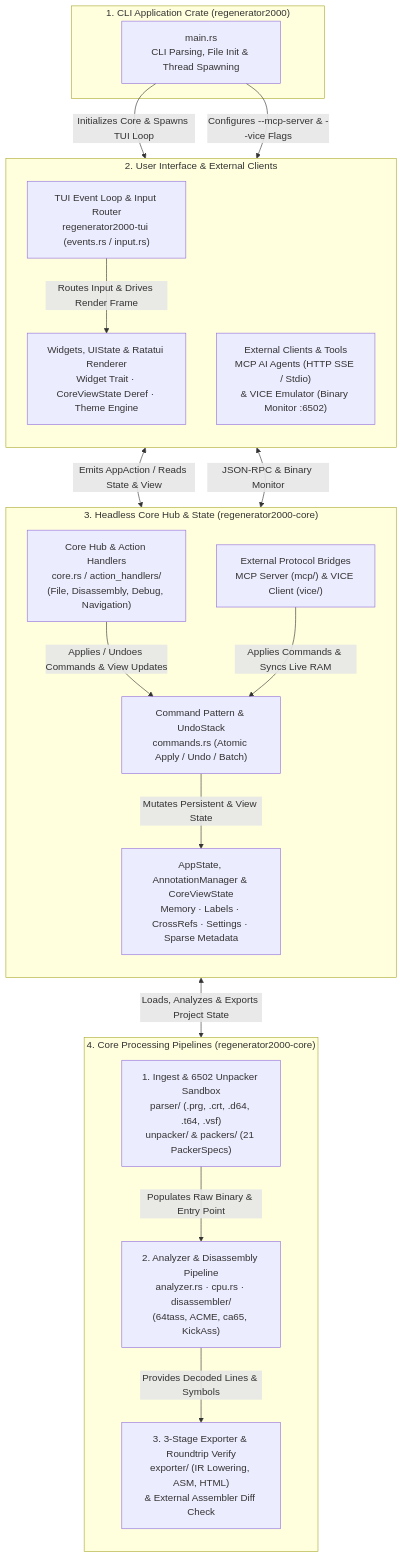
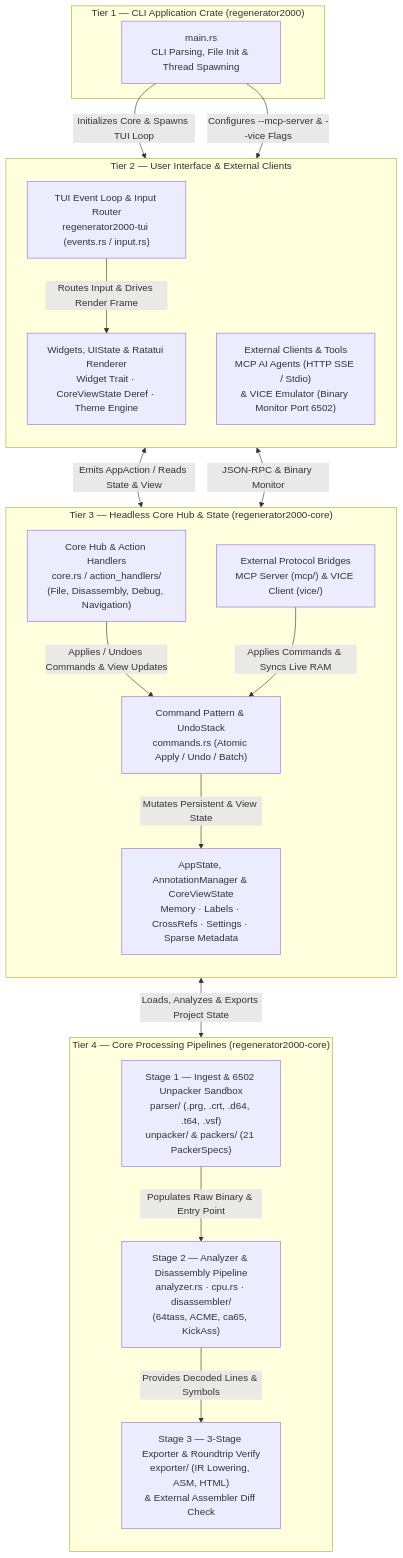
One commit to ricardoquesada/regenerator2000 changed the first of 11 diagrams in docs/architecture.md. Above: the diagram before and after it, drawn with Mermaid. The commit also changed other lines of this file, not shown here.

First line of the commit message:
Fix Mermaid v11 syntax errors and replace MathJax in architecture docs

````diff
--- a/docs/architecture.md
+++ b/docs/architecture.md
@@ -11,47 +11,47 @@
 ```mermaid
 flowchart TB
-    subgraph bin_crate ["1. CLI Application Crate (regenerator2000)"]
+    subgraph bin_crate ["Tier 1 — CLI Application Crate (regenerator2000)"]
         Main["main.rs<br/>CLI Parsing, File Init & Thread Spawning"]
     end
 
-    subgraph frontends ["2. User Interface & External Clients"]
+    subgraph frontends ["Tier 2 — User Interface & External Clients"]
         direction TB
         EventLoop["TUI Event Loop & Input Router<br/>regenerator2000-tui (events.rs / input.rs)"]
         WidgetUI["Widgets, UIState & Ratatui Renderer<br/>Widget Trait · CoreViewState Deref · Theme Engine"]
-        ExtClients["External Clients & Tools<br/>MCP AI Agents (HTTP SSE / Stdio)<br/>& VICE Emulator (Binary Monitor :6502)"]
+        ExtClients["External Clients & Tools<br/>MCP AI Agents (HTTP SSE / Stdio)<br/>& VICE Emulator (Binary Monitor Port 6502)"]
         EventLoop -->|Routes Input & Drives Render Frame| WidgetUI
     end
 
-    subgraph core_dispatch ["3. Headless Core Hub & State (regenerator2000-core)"]
+    subgraph core_dispatch ["Tier 3 — Headless Core Hub & State (regenerator2000-core)"]
         direction TB
         Core["Core Hub & Action Handlers<br/>core.rs / action_handlers/<br/>(File, Disassembly, Debug, Navigation)"]
         Bridges["External Protocol Bridges<br/>MCP Server (mcp/) & VICE Client (vice/)"]
         CommandSys["Command Pattern & UndoStack<br/>commands.rs (Atomic Apply / Undo / Batch)"]
         AppState["AppState, AnnotationManager & CoreViewState<br/>Memory · Labels · CrossRefs · Settings · Sparse Metadata"]
     end
 
-    subgraph core_engines ["4. Core Processing Pipelines (regenerator2000-core)"]
+    subgraph core_engines ["Tier 4 — Core Processing Pipelines (regenerator2000-core)"]
         direction TB
-        Ingest["1. Ingest & 6502 Unpacker Sandbox<br/>parser/ (.prg, .crt, .d64, .t64, .vsf)<br/>unpacker/ & packers/ (21 PackerSpecs)"]
-        AnalysisDisasm["2. Analyzer & Disassembly Pipeline<br/>analyzer.rs · cpu.rs · disassembler/<br/>(64tass, ACME, ca65, KickAss)"]
-        ExportVerify["3. 3-Stage Exporter & Roundtrip Verify<br/>exporter/ (IR Lowering, ASM, HTML)<br/>& External Assembler Diff Check"]
+        Ingest["Stage 1 — Ingest & 6502 Unpacker Sandbox<br/>parser/ (.prg, .crt, .d64, .t64, .vsf)<br/>unpacker/ & packers/ (21 PackerSpecs)"]
+        AnalysisDisasm["Stage 2 — Analyzer & Disassembly Pipeline<br/>analyzer.rs · cpu.rs · disassembler/<br/>(64tass, ACME, ca65, KickAss)"]
+        ExportVerify["Stage 3 — 3-Stage Exporter & Roundtrip Verify<br/>exporter/ (IR Lowering, ASM, HTML)<br/>& External Assembler Diff Check"]
         Ingest -->|Populates Raw Binary & Entry Point| AnalysisDisasm
         AnalysisDisasm -->|Provides Decoded Lines & Symbols| ExportVerify
     end
 
     %% Tier 1 -> Tier 2 (All Tier 2 roots anchored to Main for strict vertical stacking)
     Main -->|Initializes Core & Spawns TUI Loop| EventLoop
     Main -->|Configures --mcp-server & --vice Flags| ExtClients
 
     %% Tier 2 -> Tier 3
     WidgetUI <-->|Emits AppAction / Reads State & View| Core
     ExtClients <-->|JSON-RPC & Binary Monitor| Bridges
 
     %% Inside Tier 3
     Core -->|Applies / Undoes Commands & View Updates| CommandSys
     Bridges -->|Applies Commands & Syncs Live RAM| CommandSys
     CommandSys -->|Mutates Persistent & View State| AppState
 
     %% Tier 3 -> Tier 4
     AppState <-->|Loads, Analyzes & Exports Project State| Ingest
 ```
````
